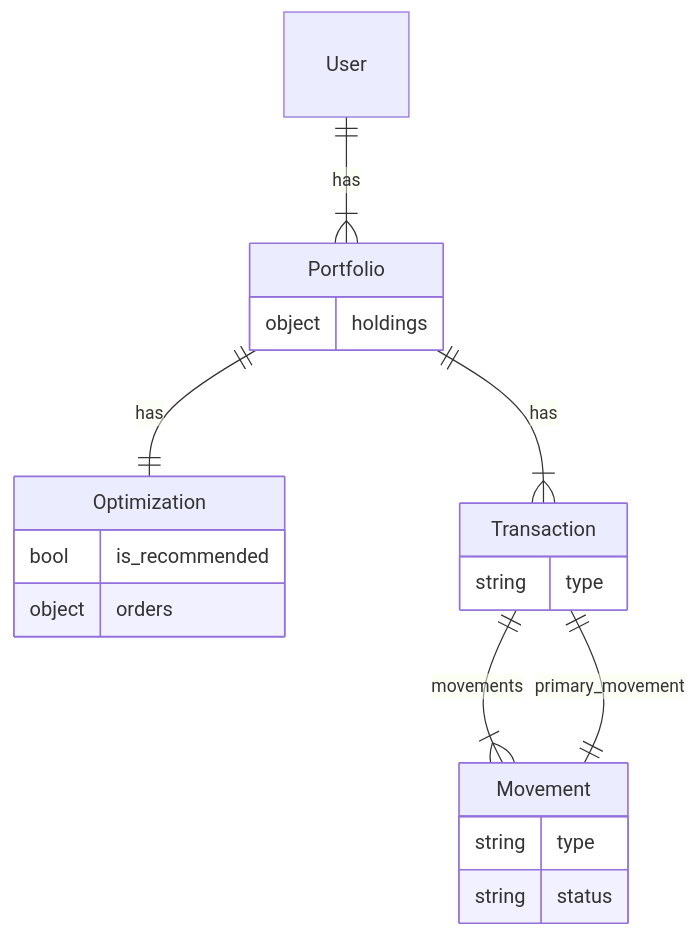
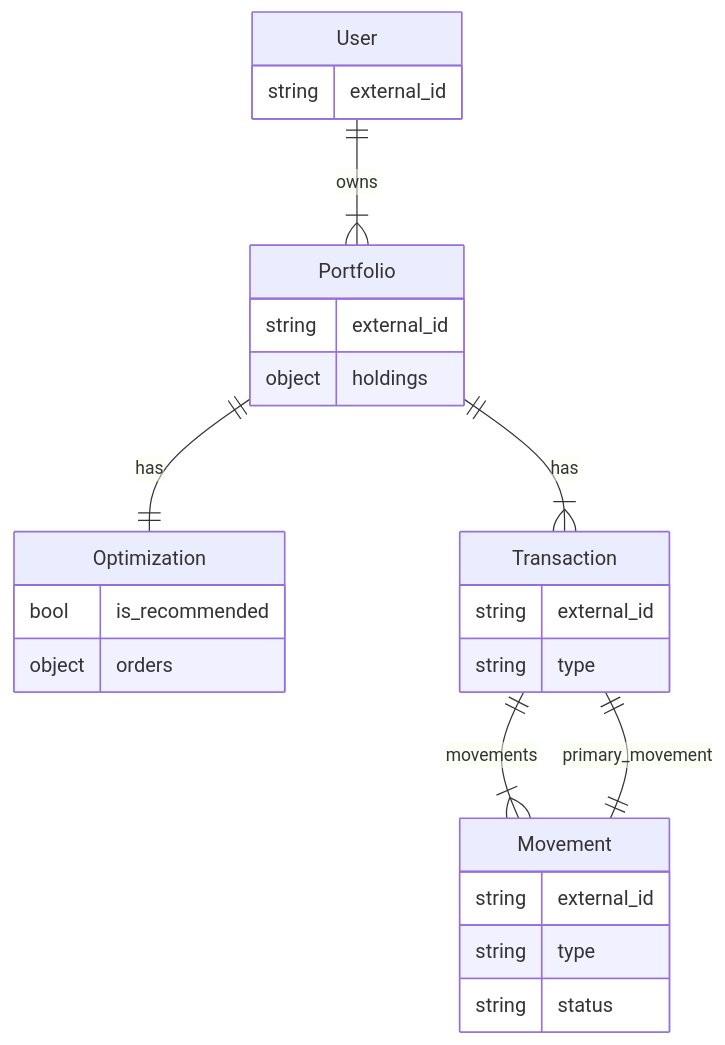
One commit to arcilli/investsuite-api-docs changed the first of 2 diagrams in docs/concepts/transactions.md. Above: the diagram before and after it, drawn with Mermaid. The commit also changed other lines of this file, not shown here.

````diff
--- a/docs/concepts/transactions.md
+++ b/docs/concepts/transactions.md
@@ -21,24 +21,29 @@
 ```mermaid
 erDiagram
-    User
+    User {
+        string external_id
+    }
     Portfolio {
+        string external_id
         object holdings
     }
     Optimization {
         bool is_recommended
         object orders
     }
     Transaction {
+        string external_id
         string type
     }
     Movement {
+        string external_id
         string type
         string status
     }
 
-    User ||--|{ Portfolio: has
+    User ||--|{ Portfolio: owns
     Portfolio ||--|| Optimization: has
     Portfolio ||--|{ Transaction: has
     Transaction ||--|{ Movement: movements
     Transaction ||--|| Movement: primary_movement
 ```
````
